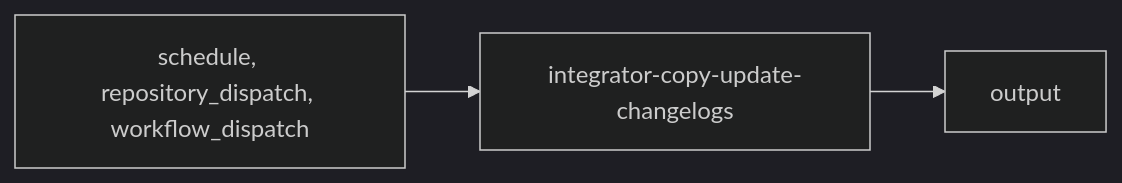
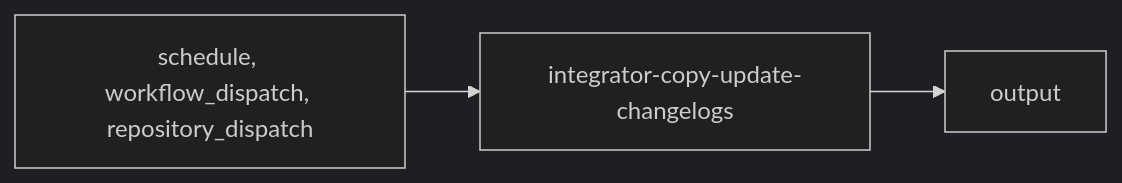
One commit to its-DeFine/docs changed the diagram in .github/workspace/actions-library/integrators/copy/integrator-copy-update-changelogs.mdx. Above: the diagram before and after it, drawn with Mermaid (dark theme). The commit also changed other lines of this file and 57 other files, not shown here.

````diff
--- a/.github/workspace/actions-library/integrators/copy/integrator-copy-update-changelogs.mdx
+++ b/.github/workspace/actions-library/integrators/copy/integrator-copy-update-changelogs.mdx
@@ -43,5 +43,5 @@
 ```mermaid
 graph LR
-    TRIGGER["schedule, repository_dispatch, workflow_dispatch"] --> WF["integrator-copy-update-changelogs"]
+    TRIGGER["schedule, workflow_dispatch, repository_dispatch"] --> WF["integrator-copy-update-changelogs"]
     WF --> OUTPUT["output"]
 ```
````
